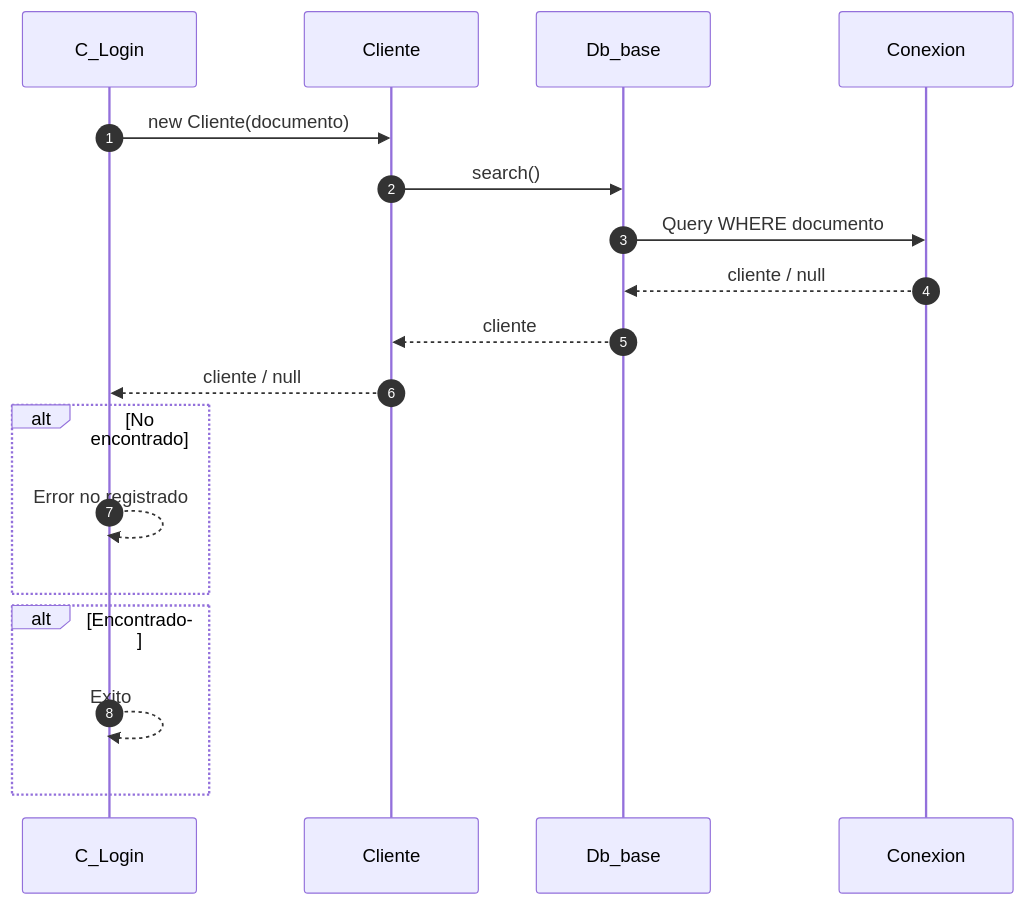
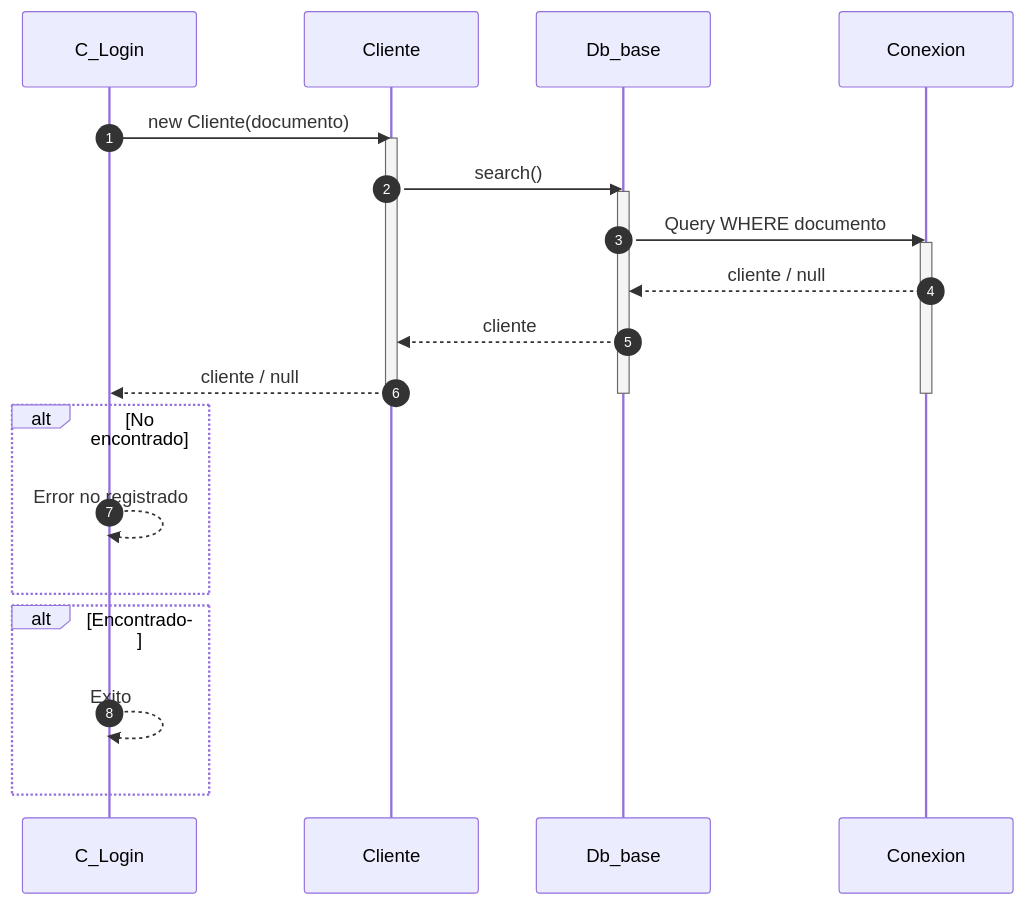
One commit to Tecrato/BurgerHouse changed the third of 5 diagrams in docs/secuencia/clientes/clientes.md. Above: the diagram before and after it, drawn with Mermaid. The commit also changed other lines of this file and 16 other files, not shown here.

First line of the commit message:
Annotate mermaid sequences & throttle generator

````diff
--- a/docs/secuencia/clientes/clientes.md
+++ b/docs/secuencia/clientes/clientes.md
@@ -96,23 +125,29 @@
 ```mermaid
 sequenceDiagram
     autonumber
     participant C_Login as C_Login
     participant Cliente as Cliente
     participant Db_base as Db_base
     participant Conexion as Conexion
     
     C_Login->>Cliente: new Cliente(documento)
+    activate Cliente
     Cliente->>Db_base: search()
+    activate Db_base
     Db_base->>Conexion: Query WHERE documento
+    activate Conexion
     Conexion-->>Db_base: cliente / null
     Db_base-->>Cliente: cliente
     Cliente-->>C_Login: cliente / null
+    deactivate Cliente
+    deactivate Conexion
+    deactivate Db_base
     
     alt No encontrado
         C_Login-->>C_Login: Error no registrado
     end
     
     alt Encontrado
         C_Login-->>C_Login: Exito
     end
 ```
````
